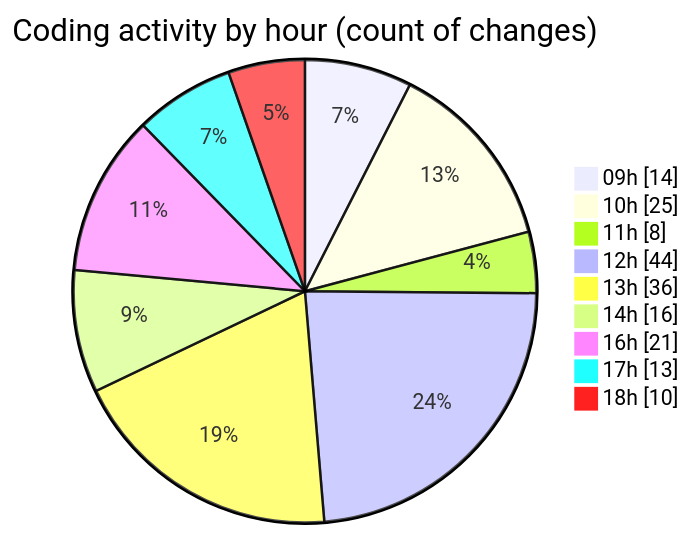
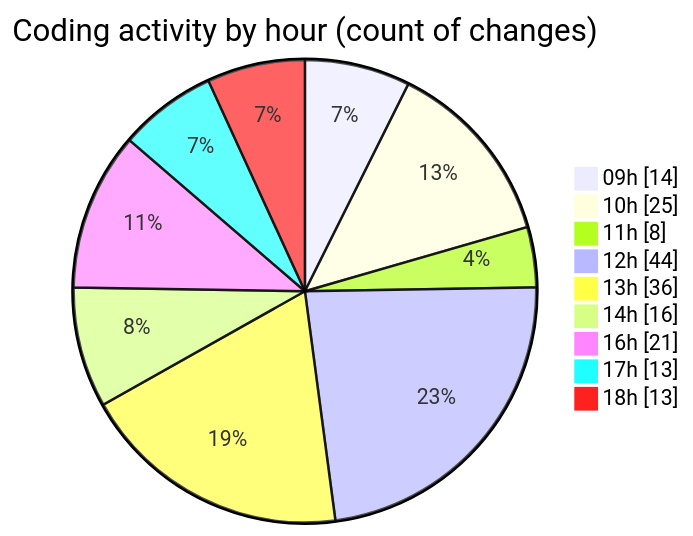
Before and after one commit to momahboobian/code-tracking: the second of 2 diagrams in 2025-06-03/cda/README.md, drawn with Mermaid. The commit also changed other lines of this file and 1 other file, not shown here.

````diff
--- a/2025-06-03/cda/README.md
+++ b/2025-06-03/cda/README.md
@@ -36,13 +36,13 @@
 ```mermaid
 pie showData
 title Coding activity by hour (count of changes)
 "09h" : 14
 "10h" : 25
 "11h" : 8
 "12h" : 44
 "13h" : 36
 "14h" : 16
 "16h" : 21
 "17h" : 13
-"18h" : 10
+"18h" : 13
 ```
````
